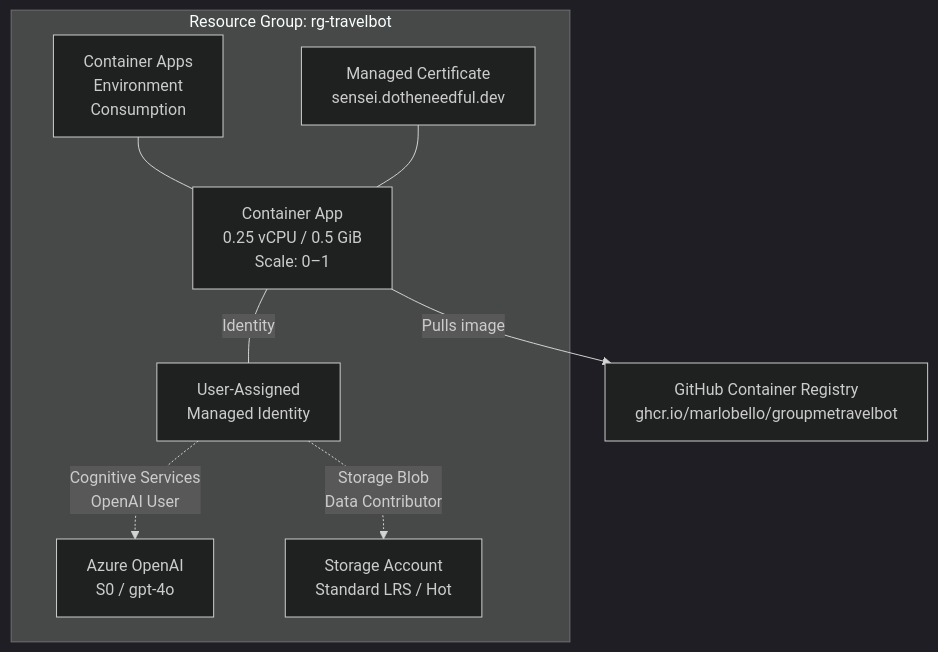
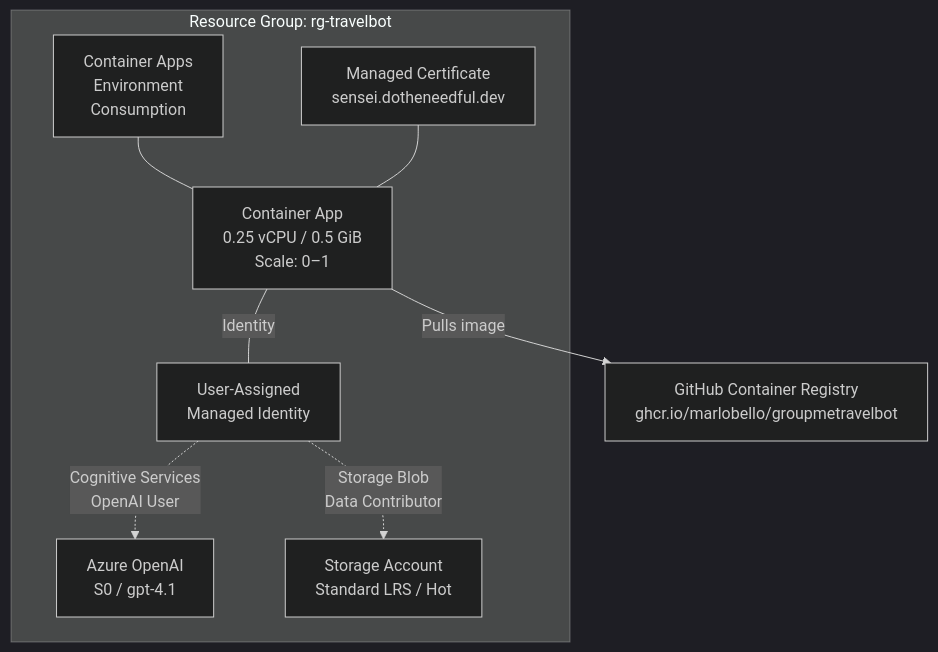
One commit to marlobello/groupmetravelbot changed the first of 3 diagrams in docs/infrastructure.md. Above: the diagram before and after it, drawn with Mermaid (dark theme). The commit also changed other lines of this file and 7 other files, not shown here.

````diff
--- a/docs/infrastructure.md
+++ b/docs/infrastructure.md
@@ -7,20 +7,20 @@
 ```mermaid
 graph TB
     subgraph "Resource Group: rg-travelbot"
         MI[User-Assigned<br/>Managed Identity]
         ACA_ENV[Container Apps<br/>Environment<br/>Consumption]
         ACA[Container App<br/>0.25 vCPU / 0.5 GiB<br/>Scale: 0–1]
-        AOAI[Azure OpenAI<br/>S0 / gpt-4o]
+        AOAI[Azure OpenAI<br/>S0 / gpt-4.1]
         SA[Storage Account<br/>Standard LRS / Hot]
         CERT[Managed Certificate<br/>sensei.dotheneedful.dev]
     end
 
     GHCR[GitHub Container Registry<br/>ghcr.io/marlobello/groupmetravelbot]
 
     MI -.->|"Cognitive Services<br/>OpenAI User"| AOAI
     MI -.->|"Storage Blob<br/>Data Contributor"| SA
     ACA -->|Pulls image| GHCR
     ACA ---|Identity| MI
     ACA_ENV --- ACA
     CERT --- ACA
 ```
````
